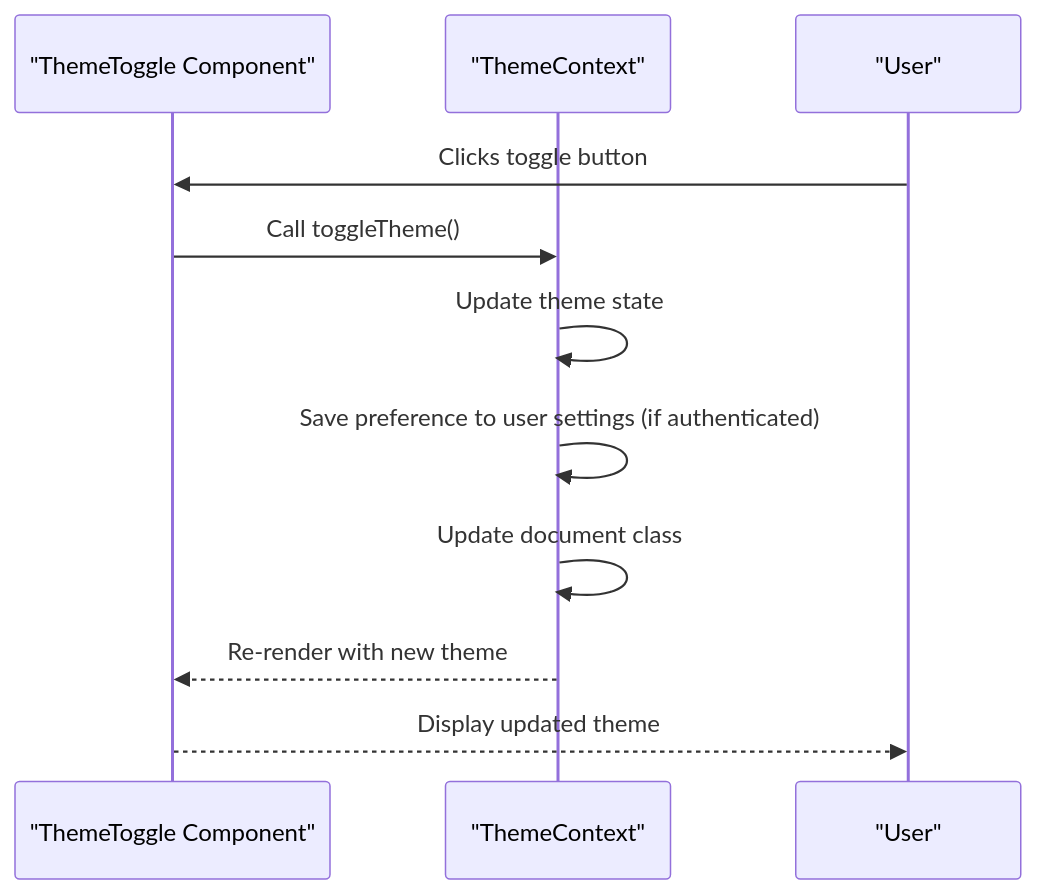
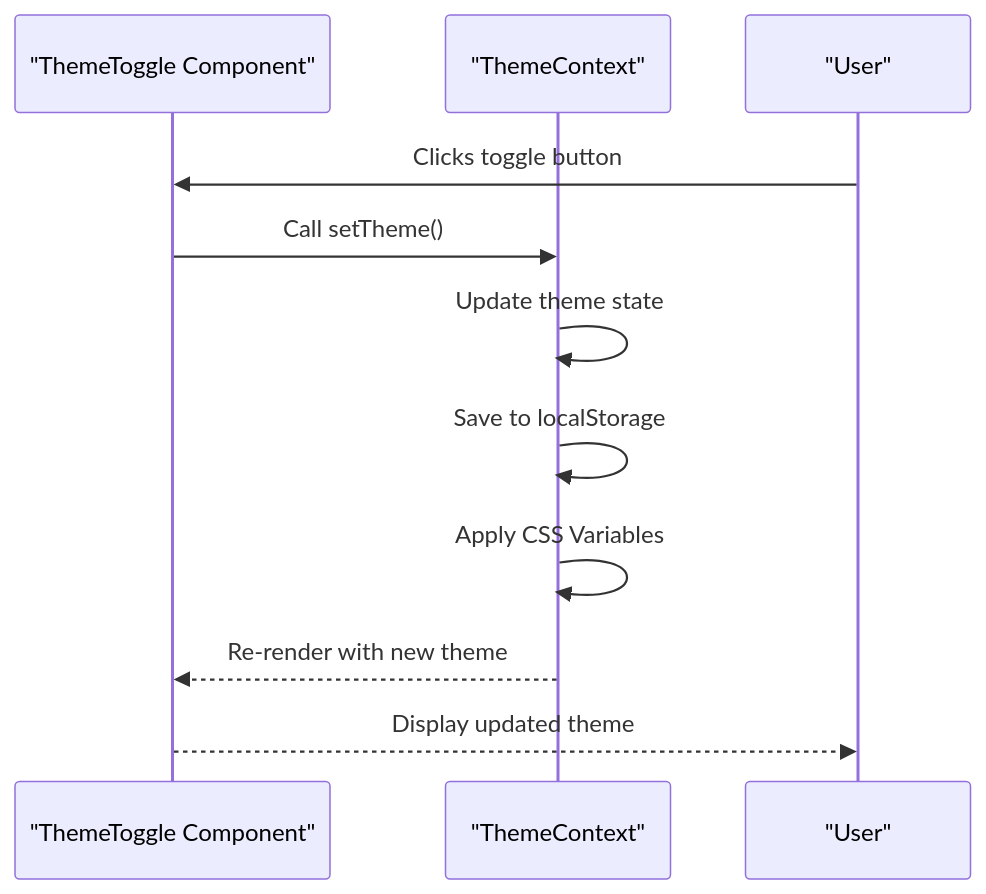
One commit to Brimstow/ThumPiks changed the tenth of 21 diagrams in .qoder/repowiki/en/content/Frontend Architecture/State Management.md. Above: the diagram before and after it, drawn with Mermaid. The commit also changed other lines of this file and 900 other files, not shown here.

````diff
--- a/.qoder/repowiki/en/content/Frontend Architecture/State Management.md
+++ b/.qoder/repowiki/en/content/Frontend Architecture/State Management.md
@@ -175,13 +289,13 @@
 ```mermaid
 sequenceDiagram
 participant ThemeToggle as "ThemeToggle Component"
 participant ThemeContext as "ThemeContext"
 participant User as "User"
 User->>ThemeToggle : Clicks toggle button
-ThemeToggle->>ThemeContext : Call toggleTheme()
+ThemeToggle->>ThemeContext : Call setTheme()
 ThemeContext->>ThemeContext : Update theme state
-ThemeContext->>ThemeContext : Save preference to user settings (if authenticated)
-ThemeContext->>ThemeContext : Update document class
+ThemeContext->>ThemeContext : Save to localStorage
+ThemeContext->>ThemeContext : Apply CSS Variables
 ThemeContext-->>ThemeToggle : Re-render with new theme
 ThemeToggle-->>User : Display updated theme
 ```
````
